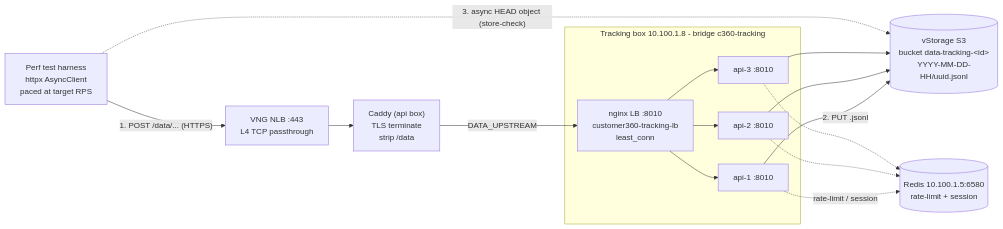
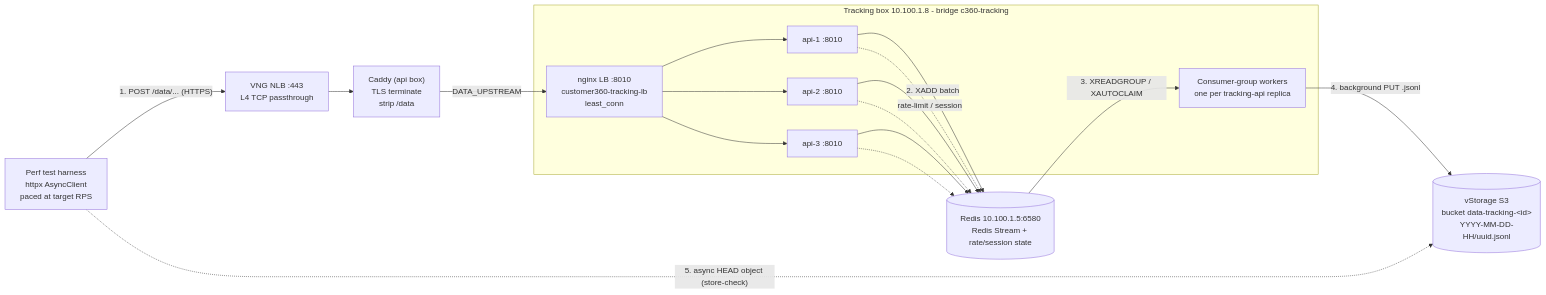
The diagram in data-tracking-api/tests/reports/PERF_REPORT.md (LEO-CDP/leo-customer360), drawn with Mermaid before and after one commit. The commit also changed other lines of this file and 29 other files, not shown here.

Commit message:
refactoring code, use Redis Stream for API log tracking

````diff
--- a/data-tracking-api/tests/reports/PERF_REPORT.md
+++ b/data-tracking-api/tests/reports/PERF_REPORT.md
@@ -42,31 +50,35 @@
 ```mermaid
 flowchart LR
   T["Perf test harness<br/>httpx AsyncClient<br/>paced at target RPS"]
   NLB["VNG NLB :443<br/>L4 TCP passthrough"]
   CADDY["Caddy (api box)<br/>TLS terminate<br/>strip /data"]
   LB["nginx LB :8010<br/>customer360-tracking-lb<br/>least_conn"]
   A1["api-1 :8010"]
   A2["api-2 :8010"]
   A3["api-3 :8010"]
   S3[("vStorage S3<br/>bucket data-tracking-&lt;id&gt;<br/>YYYY-MM-DD-HH/uuid.jsonl")]
-  R[("Redis 10.100.1.5:6580<br/>rate-limit + session")]
+  R[("Redis 10.100.1.5:6580<br/>Redis Stream + rate/session state")]
+  W["Consumer-group workers<br/>one per tracking-api replica"]
 
   T -->|"1. POST /data/... (HTTPS)"| NLB --> CADDY -->|"DATA_UPSTREAM"| LB
   LB --> A1
   LB --> A2
   LB --> A3
-  A1 -->|"2. PUT .jsonl"| S3
-  A2 --> S3
-  A3 --> S3
+  A1 -->|"2. XADD batch"| R
+  A2 --> R
+  A3 --> R
+  R -->|"3. XREADGROUP / XAUTOCLAIM"| W
+  W -->|"4. background PUT .jsonl"| S3
   A1 -.->|rate-limit / session| R
   A2 -.-> R
   A3 -.-> R
-  T -.->|"3. async HEAD object (store-check)"| S3
+  T -.->|"5. async HEAD object (store-check)"| S3
 
   subgraph box["Tracking box 10.100.1.8 - bridge c360-tracking"]
     LB
     A1
     A2
     A3
+    W
   end
 ```
````
